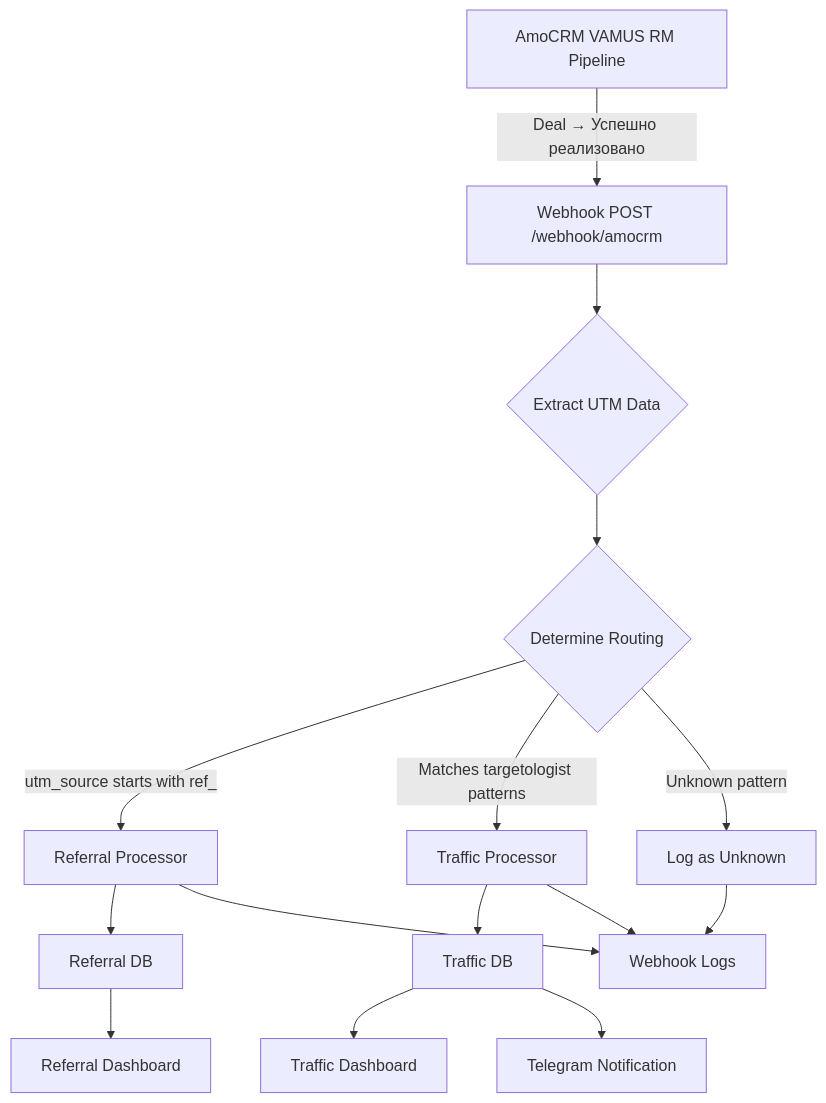
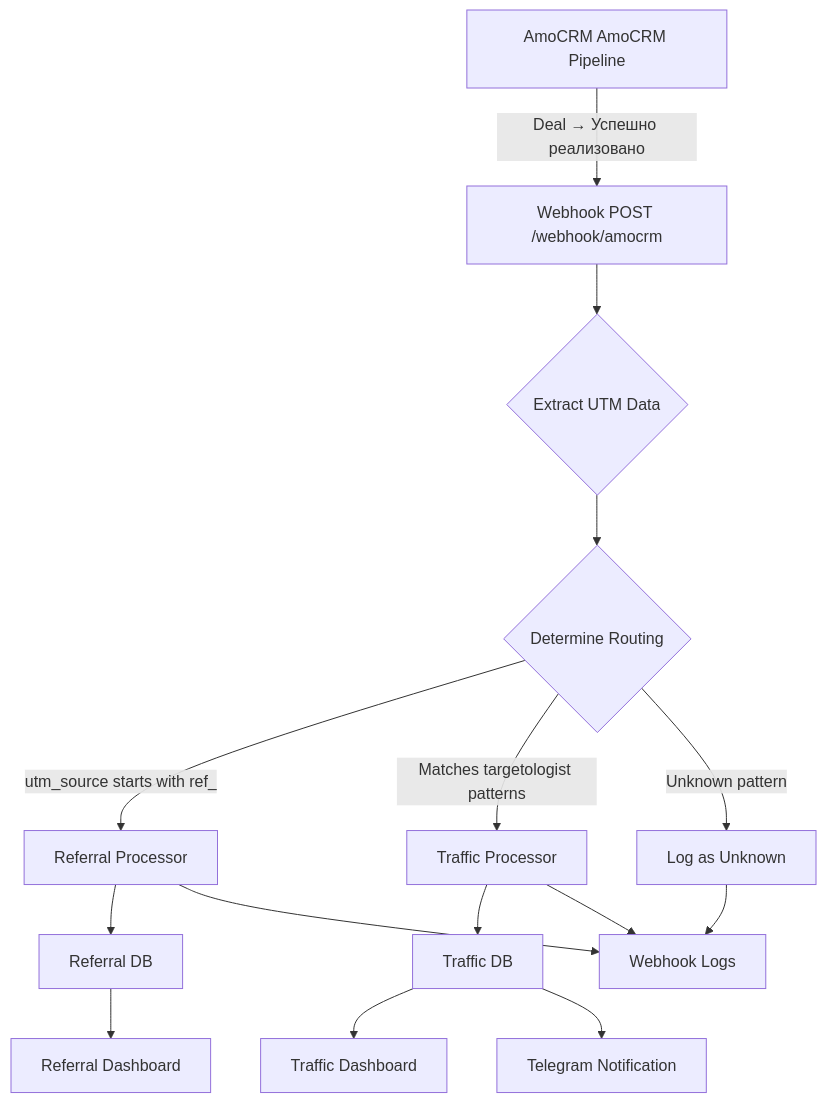
One commit to onaicademy/onai-integrator-login changed the diagram in AMOCRM_WEBHOOK_IMPLEMENTATION_COMPLETE.md. Above: the diagram before and after it, drawn with Mermaid. The commit also changed other lines of this file and 74 other files, not shown here.

````diff
--- a/AMOCRM_WEBHOOK_IMPLEMENTATION_COMPLETE.md
+++ b/AMOCRM_WEBHOOK_IMPLEMENTATION_COMPLETE.md
@@ -84,17 +84,17 @@
 ```mermaid
 graph TD
-    A[AmoCRM VAMUS RM Pipeline] -->|Deal → Успешно реализовано| B[Webhook POST /webhook/amocrm]
+    A[AmoCRM AmoCRM Pipeline] -->|Deal → Успешно реализовано| B[Webhook POST /webhook/amocrm]
     B --> C{Extract UTM Data}
     C --> D{Determine Routing}
     D -->|utm_source starts with ref_| E[Referral Processor]
     D -->|Matches targetologist patterns| F[Traffic Processor]
     D -->|Unknown pattern| G[Log as Unknown]
     E --> H[Referral DB]
     F --> I[Traffic DB]
     G --> J[Webhook Logs]
     E --> J
     F --> J
     H --> K[Referral Dashboard]
     I --> L[Traffic Dashboard]
     I --> M[Telegram Notification]
 ```
````
